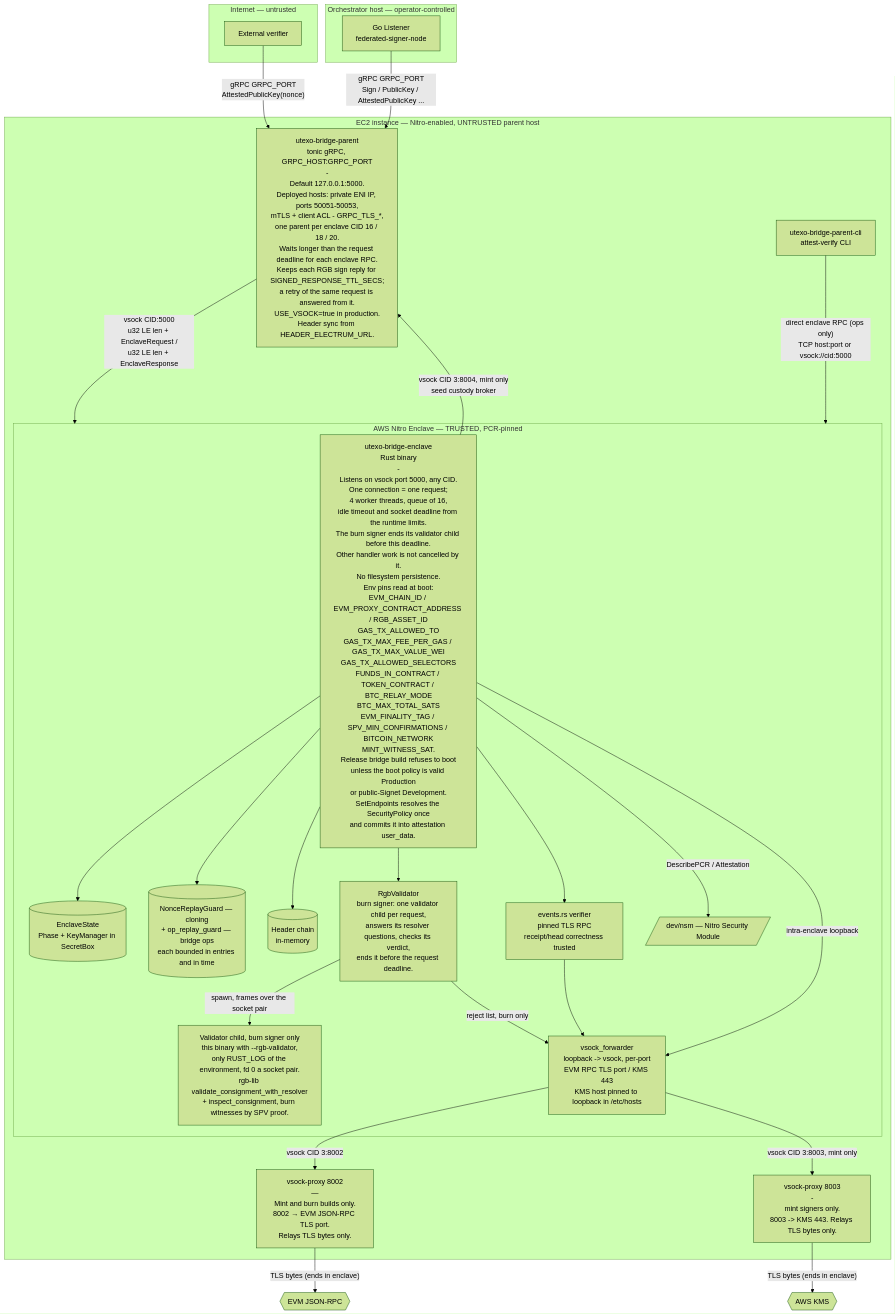
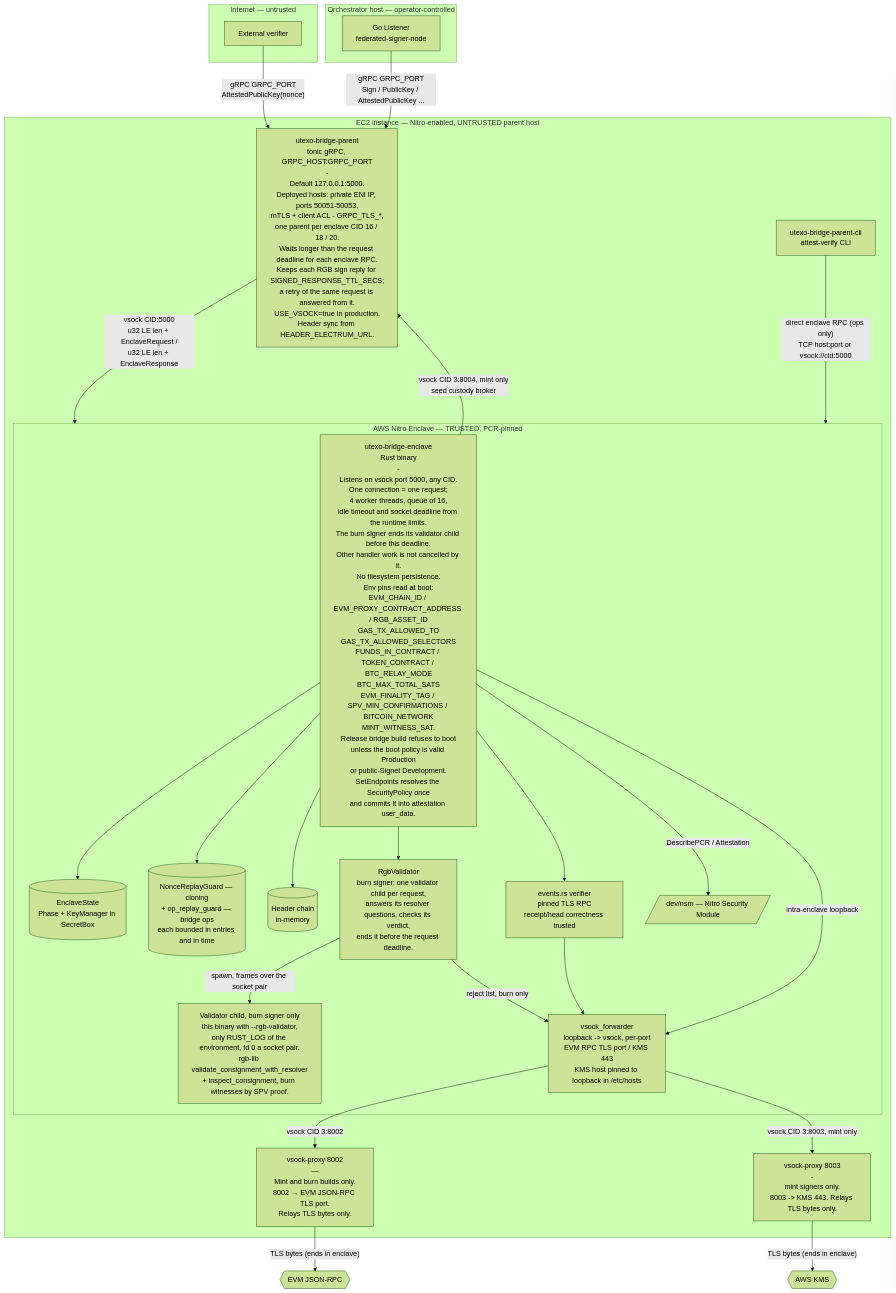
The diagram in docs/diagrams/02-deployment.md (UTEXO-Protocol/enclave-signer), drawn with Mermaid (forest theme) before and after one commit. The commit also changed 36 other files, not shown here.

First line of the commit message:
Make the fee and value limits of a gas transaction runtime limits

````diff
--- a/docs/diagrams/02-deployment.md
+++ b/docs/diagrams/02-deployment.md
@@ -3,54 +3,54 @@
 ```mermaid
 flowchart TB
     subgraph NET [Internet — untrusted]
         V[External verifier]
     end
 
     subgraph ORC [Orchestrator host — operator-controlled]
         L[Go Listener<br/>federated-signer-node]
     end
 
     subgraph EC2 [EC2 instance — Nitro-enabled, UNTRUSTED parent host]
         Parent[utexo-bridge-parent<br/>tonic gRPC, GRPC_HOST:GRPC_PORT<br/>-<br/>Default 127.0.0.1:5000.<br/>Deployed hosts: private ENI IP, ports 50051-50053,<br/>mTLS + client ACL - GRPC_TLS_*,<br/>one parent per enclave CID 16 / 18 / 20.<br/>Waits longer than the request deadline for each enclave RPC.<br/>Keeps each RGB sign reply for SIGNED_RESPONSE_TTL_SECS;<br/>a retry of the same request is answered from it.<br/>USE_VSOCK=true in production.<br/>Header sync from HEADER_ELECTRUM_URL.]
         Cli[utexo-bridge-parent-cli<br/>attest-verify CLI]
         VPk["vsock-proxy 8003<br/>-<br/>mint signers only.<br/>8003 -> KMS 443. Relays TLS bytes only."]
         VPe["vsock-proxy 8002<br/>―<br/>Mint and burn builds only.<br/>8002 → EVM JSON-RPC TLS port.<br/>Relays TLS bytes only."]
 
         subgraph ENCL [AWS Nitro Enclave — TRUSTED, PCR-pinned]
-            Bin[utexo-bridge-enclave<br/>Rust binary<br/>-<br/>Listens on vsock port 5000, any CID.<br/>One connection = one request;<br/>4 worker threads, queue of 16,<br/>idle timeout and socket deadline from the runtime limits.<br/>The burn signer ends its validator child before this deadline.<br/>Other handler work is not cancelled by it.<br/>No filesystem persistence.<br/>Env pins read at boot:<br/>EVM_CHAIN_ID / EVM_PROXY_CONTRACT_ADDRESS / RGB_ASSET_ID<br/>GAS_TX_ALLOWED_TO<br/>GAS_TX_MAX_FEE_PER_GAS / GAS_TX_MAX_VALUE_WEI<br/>GAS_TX_ALLOWED_SELECTORS<br/>FUNDS_IN_CONTRACT / TOKEN_CONTRACT / BTC_RELAY_MODE<br/>BTC_MAX_TOTAL_SATS<br/>EVM_FINALITY_TAG / SPV_MIN_CONFIRMATIONS / BITCOIN_NETWORK<br/>MINT_WITNESS_SAT.<br/>Release bridge build refuses to boot<br/>unless the boot policy is valid Production<br/>or public-Signet Development.<br/>SetEndpoints resolves the SecurityPolicy once<br/>and commits it into attestation user_data.]
+            Bin[utexo-bridge-enclave<br/>Rust binary<br/>-<br/>Listens on vsock port 5000, any CID.<br/>One connection = one request;<br/>4 worker threads, queue of 16,<br/>idle timeout and socket deadline from the runtime limits.<br/>The burn signer ends its validator child before this deadline.<br/>Other handler work is not cancelled by it.<br/>No filesystem persistence.<br/>Env pins read at boot:<br/>EVM_CHAIN_ID / EVM_PROXY_CONTRACT_ADDRESS / RGB_ASSET_ID<br/>GAS_TX_ALLOWED_TO<br/>GAS_TX_ALLOWED_SELECTORS<br/>FUNDS_IN_CONTRACT / TOKEN_CONTRACT / BTC_RELAY_MODE<br/>BTC_MAX_TOTAL_SATS<br/>EVM_FINALITY_TAG / SPV_MIN_CONFIRMATIONS / BITCOIN_NETWORK<br/>MINT_WITNESS_SAT.<br/>Release bridge build refuses to boot<br/>unless the boot policy is valid Production<br/>or public-Signet Development.<br/>SetEndpoints resolves the SecurityPolicy once<br/>and commits it into attestation user_data.]
             Headers[(Header chain<br/>in-memory)]
             State[(EnclaveState<br/>Phase + KeyManager in SecretBox)]
             Replay[(NonceReplayGuard — cloning<br/>+ op_replay_guard — bridge ops<br/>each bounded in entries and in time)]
             Fwd["vsock_forwarder<br/>loopback -> vsock, per-port<br/>EVM RPC TLS port / KMS 443<br/>KMS host pinned to loopback in /etc/hosts"]
             RgbVal["RgbValidator<br/>burn signer: one validator child per request,<br/>answers its resolver questions, checks its verdict,<br/>ends it before the request deadline."]
             RgbChild["Validator child, burn signer only<br/>this binary with --rgb-validator,<br/>only RUST_LOG of the environment, fd 0 a socket pair.<br/>rgb-lib validate_consignment_with_resolver<br/>+ inspect_consignment, burn witnesses by SPV proof."]
             EvmVer[events.rs verifier<br/>pinned TLS RPC<br/>receipt/head correctness trusted]
             NSM[/dev/nsm — Nitro Security Module/]
         end
     end
 
     EvmRpc{{EVM JSON-RPC}}
     Kms{{AWS KMS}}
 
     V -->|"gRPC GRPC_PORT<br/>AttestedPublicKey(nonce)"| Parent
     L -->|"gRPC GRPC_PORT<br/>Sign / PublicKey / AttestedPublicKey ..."| Parent
     Cli -->|"direct enclave RPC (ops only)<br/>TCP host:port or vsock://cid:5000"| ENCL
 
     Parent -->|"vsock CID:5000<br/>u32 LE len + EnclaveRequest /<br/>u32 LE len + EnclaveResponse"| ENCL
 
     Bin --> State
     Bin --> Replay
     Bin --> Headers
     Bin --> RgbVal
     RgbVal -->|"spawn, frames over the socket pair"| RgbChild
     Bin --> EvmVer
     Bin -->|"DescribePCR / Attestation"| NSM
     Bin -->|"intra-enclave loopback"| Fwd
     RgbVal -->|"reject list, burn only"| Fwd
     EvmVer --> Fwd
     Fwd -->|"vsock CID 3:8002"| VPe
     Fwd -->|"vsock CID 3:8003, mint only"| VPk
     VPk -->|"TLS bytes (ends in enclave)"| Kms
     Bin -->|"vsock CID 3:8004, mint only<br/>seed custody broker"| Parent
     VPe -->|"TLS bytes (ends in enclave)"| EvmRpc
 ```
````
